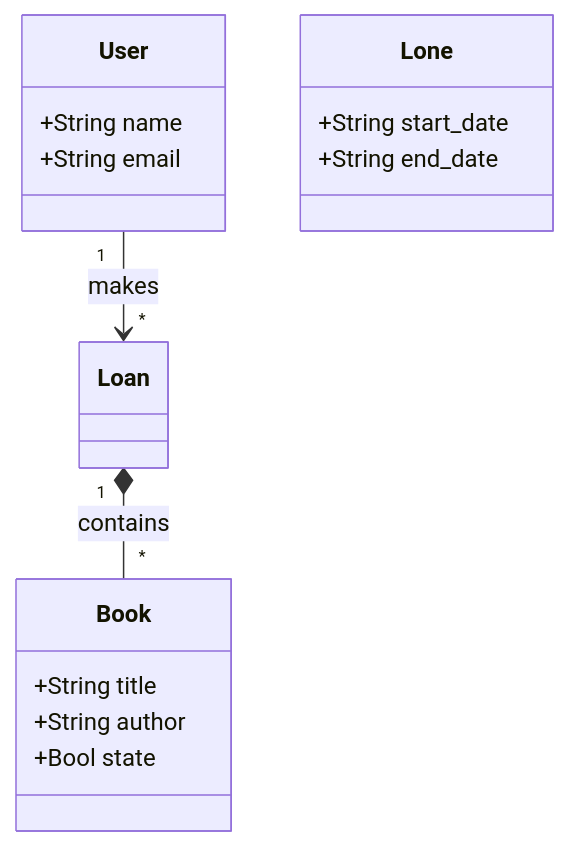
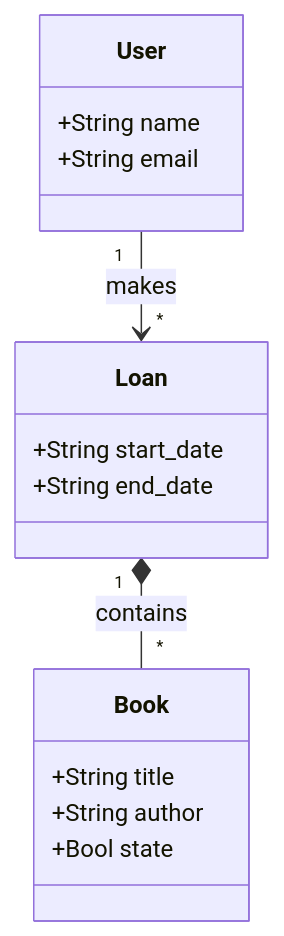
One commit to Rayman-tech-temp/holbertonschool-sw_design_architecture changed the diagram in uml_intro/0-class_diagram.mmd. Above: the diagram before and after it, drawn with Mermaid.

Commit message:
fixed diagram typo

```diff
--- a/uml_intro/0-class_diagram.mmd
+++ b/uml_intro/0-class_diagram.mmd
@@ -1,17 +1,17 @@
 classDiagram
   class Book {
     +String title
     +String author
     +Bool state
   }
   class User {
     +String name
     +String email
   }
-  class Lone {
+  class Loan {
     +String start_date
     +String end_date
   }
 
   User "1" --> "*" Loan : makes
   Loan "1" *-- "*" Book : contains
```
